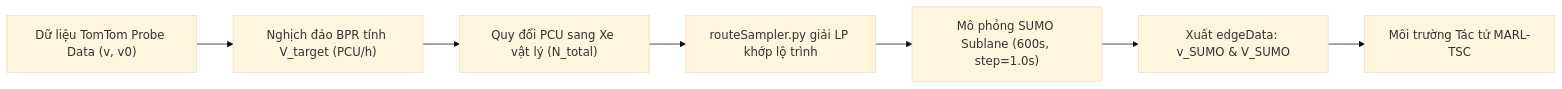
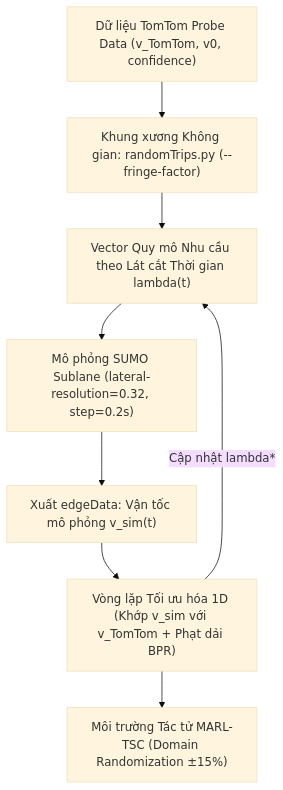
The diagram in macro_traffic_crawler/docs/HCMC_TRAFFIC_SPECIFICATIONS_AND_THEORY.md (AlanTurning2005/TSC_project), drawn with Mermaid (base theme) before and after one commit. The commit also changed other lines of this file and 62 other files, not shown here.

````diff
--- a/macro_traffic_crawler/docs/HCMC_TRAFFIC_SPECIFICATIONS_AND_THEORY.md
+++ b/macro_traffic_crawler/docs/HCMC_TRAFFIC_SPECIFICATIONS_AND_THEORY.md
@@ -196,9 +296,10 @@
 ```mermaid
-flowchart LR
-    A["Dữ liệu TomTom Probe Data (v, v0)"] --> B["Nghịch đảo BPR tính V_target (PCU/h)"]
-    B --> C["Quy đổi PCU sang Xe vật lý (N_total)"]
-    C --> D["routeSampler.py giải LP khớp lộ trình"]
-    D --> E["Mô phỏng SUMO Sublane (600s, step=1.0s)"]
-    E --> F["Xuất edgeData: v_SUMO & V_SUMO"]
-    F --> G["Môi trường Tác tử MARL-TSC"]
+flowchart TD
+    A["Dữ liệu TomTom Probe Data (v_TomTom, v0, confidence)"] --> B["Khung xương Không gian: randomTrips.py (--fringe-factor)"]
+    B --> C["Vector Quy mô Nhu cầu theo Lát cắt Thời gian lambda(t)"]
+    C --> D["Mô phỏng SUMO Sublane (lateral-resolution=0.32, step=0.2s)"]
+    D --> E["Xuất edgeData: Vận tốc mô phỏng v_sim(t)"]
+    E --> F["Vòng lặp Tối ưu hóa 1D (Khớp v_sim với v_TomTom + Phạt dải BPR)"]
+    F -->|Cập nhật lambda*| C
+    F --> G["Môi trường Tác tử MARL-TSC (Domain Randomization &plusmn;15%)"]
 ```
````
